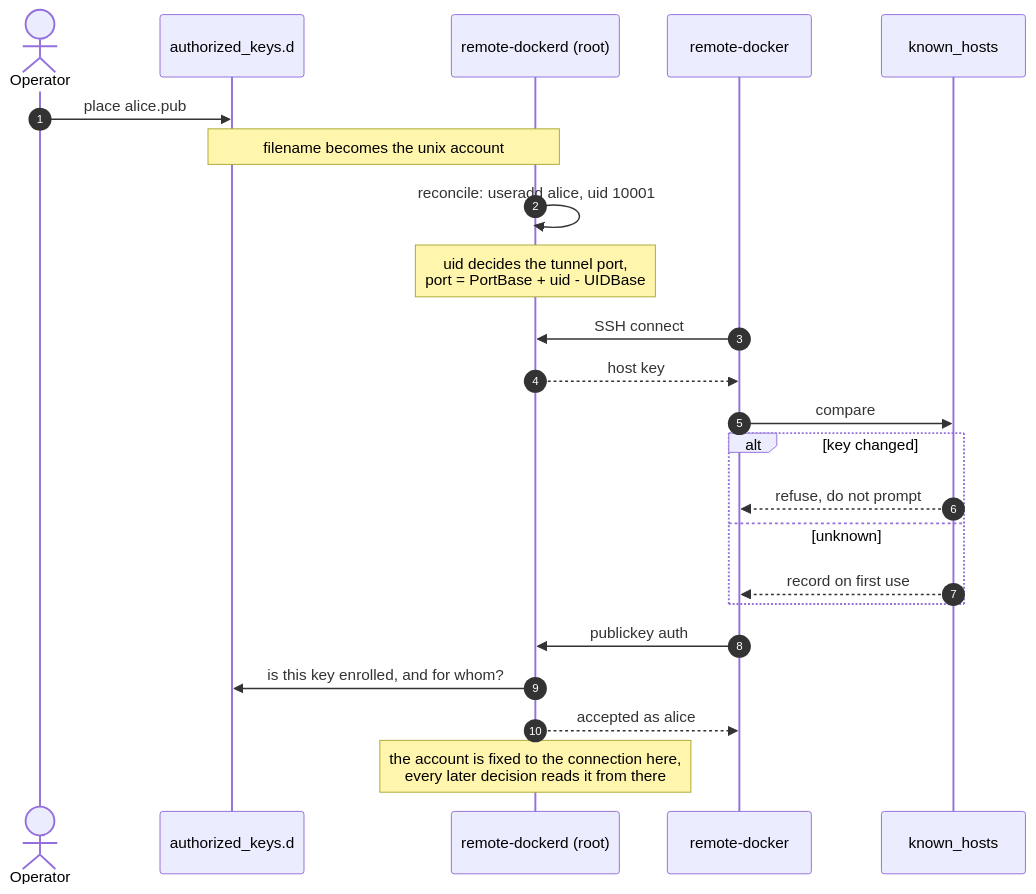
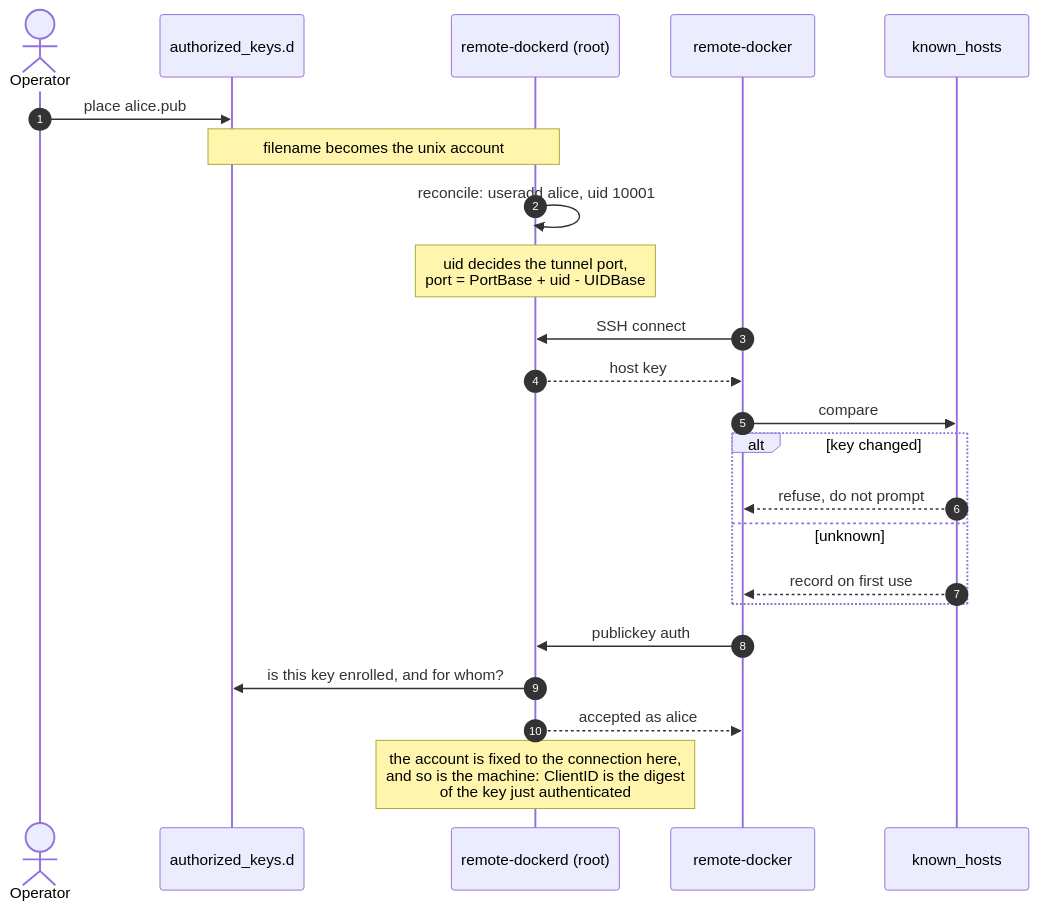
One commit to lhns/remote-docker changed the second of 10 diagrams in docs/threat-model.md. Above: the diagram before and after it, drawn with Mermaid. The commit also changed other lines of this file and 8 other files, not shown here.

````diff
--- a/docs/threat-model.md
+++ b/docs/threat-model.md
@@ -83,27 +111,27 @@
 ```mermaid
 sequenceDiagram
     autonumber
     actor Op as Operator
     participant Keys as authorized_keys.d
     participant Agent as remote-dockerd (root)
     participant Client as remote-docker
     participant KH as known_hosts
 
     Op->>Keys: place alice.pub
     Note over Keys,Agent: filename becomes the unix account
     Agent->>Agent: reconcile: useradd alice, uid 10001
     Note over Agent: uid decides the tunnel port,<br/>port = PortBase + uid - UIDBase
 
     Client->>Agent: SSH connect
     Agent-->>Client: host key
     Client->>KH: compare
     alt key changed
         KH-->>Client: refuse, do not prompt
     else unknown
         KH-->>Client: record on first use
     end
     Client->>Agent: publickey auth
     Agent->>Keys: is this key enrolled, and for whom?
     Agent-->>Client: accepted as alice
-    Note over Agent: the account is fixed to the connection here,<br/>every later decision reads it from there
+    Note over Agent: the account is fixed to the connection here,<br/>and so is the machine: ClientID is the digest<br/>of the key just authenticated
 ```
````
